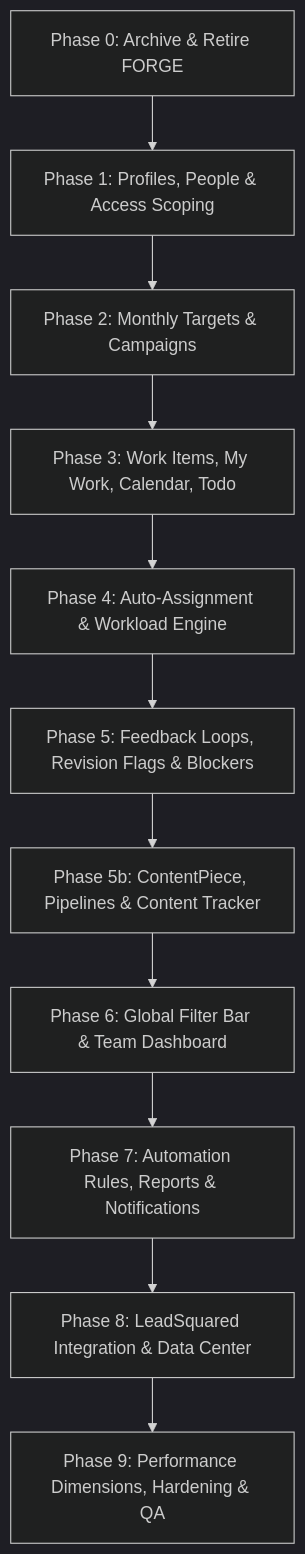
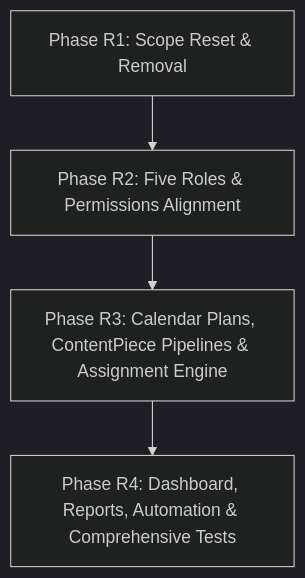
The diagram in Docs/BUILD_PLAN.md (mubashirofcl/haca-forge), drawn with Mermaid (dark theme) before and after one commit. The commit also changed other lines of this file and 135 other files, not shown here.

````diff
--- a/Docs/BUILD_PLAN.md
+++ b/Docs/BUILD_PLAN.md
@@ -14,13 +14,6 @@
 ```mermaid
 graph TD
-    P0[Phase 0: Archive & Retire FORGE] --> P1[Phase 1: Profiles, People & Access Scoping]
-    P1 --> P2[Phase 2: Monthly Targets & Campaigns]
-    P2 --> P3[Phase 3: Work Items, My Work, Calendar, Todo]
-    P3 --> P4[Phase 4: Auto-Assignment & Workload Engine]
-    P4 --> P5[Phase 5: Feedback Loops, Revision Flags & Blockers]
-    P5 --> P5b[Phase 5b: ContentPiece, Pipelines & Content Tracker]
-    P5b --> P6[Phase 6: Global Filter Bar & Team Dashboard]
-    P6 --> P7[Phase 7: Automation Rules, Reports & Notifications]
-    P7 --> P8[Phase 8: LeadSquared Integration & Data Center]
-    P8 --> P9[Phase 9: Performance Dimensions, Hardening & QA]
+    R1[Phase R1: Scope Reset & Removal] --> R2[Phase R2: Five Roles & Permissions Alignment]
+    R2 --> R3[Phase R3: Calendar Plans, ContentPiece Pipelines & Assignment Engine]
+    R3 --> R4[Phase R4: Dashboard, Reports, Automation & Comprehensive Tests]
 ```
````
